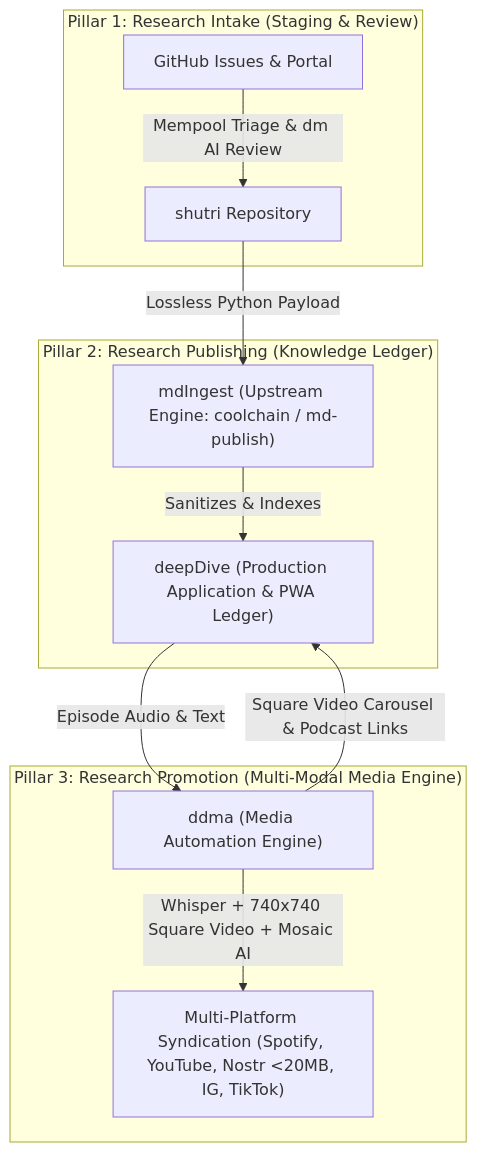
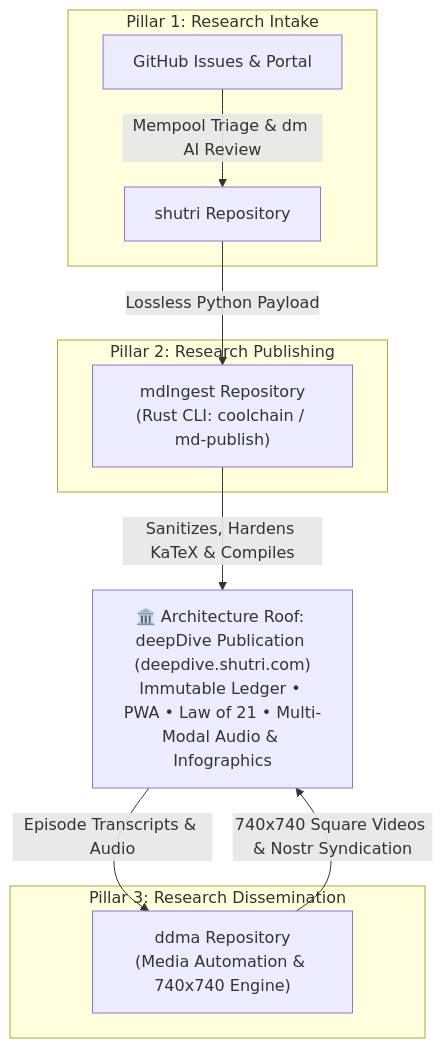
The diagram in SMS_ARCHITECTURE.md (ashutoshmjain/shutri), drawn with Mermaid before and after one commit. The commit also changed other lines of this file and 2 other files, not shown here.

Commit message:
Restructure architecture section with deepDive as Roof and 3 Pillars (shutri, mdIngest, ddma) with git links

````diff
--- a/SMS_ARCHITECTURE.md
+++ b/SMS_ARCHITECTURE.md
@@ -11,18 +11,21 @@
 ```mermaid
 graph TD
-    subgraph Pillar1["Pillar 1: Research Intake (Staging & Review)"]
+    Roof["🏛️ Architecture Roof: deepDive Publication (deepdive.shutri.com)<br/>Immutable Ledger • PWA • Law of 21 • Multi-Modal Audio & Infographics"]
+    
+    subgraph Pillar1["Pillar 1: Research Intake"]
         A["GitHub Issues & Portal"] -->|Mempool Triage & dm AI Review| B["shutri Repository"]
     end
 
-    subgraph Pillar2["Pillar 2: Research Publishing (Knowledge Ledger)"]
-        C["mdIngest (Upstream Engine: coolchain / md-publish)"] -->|Sanitizes & Indexes| D["deepDive (Production Application & PWA Ledger)"]
+    subgraph Pillar2["Pillar 2: Research Publishing"]
+        C["mdIngest Repository<br/>(Rust CLI: coolchain / md-publish)"]
     end
 
-    subgraph Pillar3["Pillar 3: Research Promotion (Multi-Modal Media Engine)"]
-        E["ddma (Media Automation Engine)"] -->|Whisper + 740x740 Square Video + Mosaic AI| F["Multi-Platform Syndication (Spotify, YouTube, Nostr <20MB, IG, TikTok)"]
+    subgraph Pillar3["Pillar 3: Research Dissemination"]
+        E["ddma Repository<br/>(Media Automation & 740x740 Engine)"]
     end
 
     B -->|Lossless Python Payload| C
-    D -->|Episode Audio & Text| E
-    E -->|Square Video Carousel & Podcast Links| D
+    C -->|Sanitizes, Hardens KaTeX & Compiles| Roof
+    Roof -->|Episode Transcripts & Audio| E
+    E -->|740x740 Square Videos & Nostr Syndication| Roof
 ```
````
